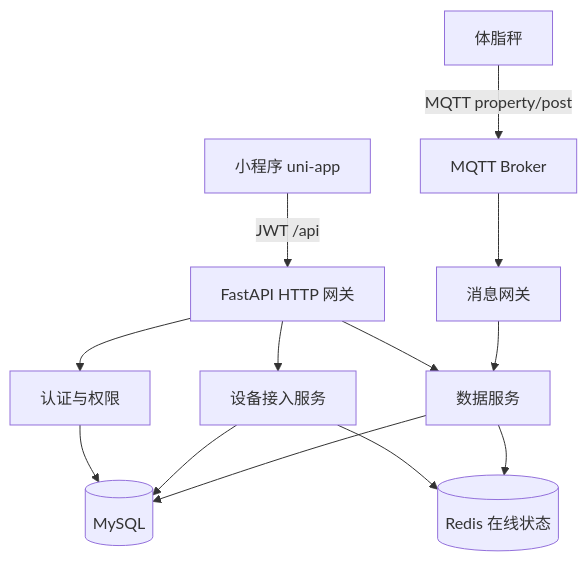
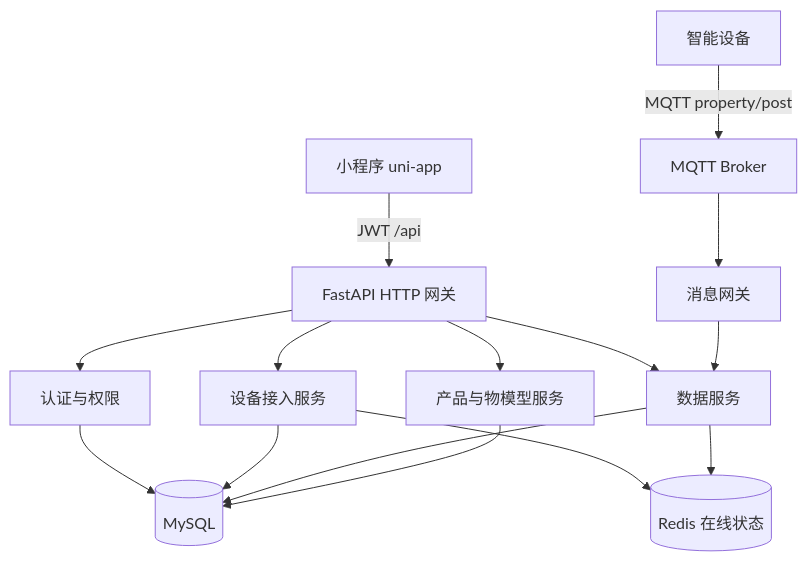
One commit to zkm118/myTnew1 changed the first of 2 diagrams in .monkeycode/specs/2026-09-17-miniapp-scale-data-view/design.md. Above: the diagram before and after it, drawn with Mermaid. The commit also changed other lines of this file and 6 other files, not shown here.

````diff
--- a/.monkeycode/specs/2026-09-17-miniapp-scale-data-view/design.md
+++ b/.monkeycode/specs/2026-09-17-miniapp-scale-data-view/design.md
@@ -14,15 +12,17 @@
 ```mermaid
 graph TD
     MP["小程序 uni-app"] -->|"JWT /api"| API["FastAPI HTTP 网关"]
     API --> AUTH["认证与权限"]
     API --> DEV["设备接入服务"]
     API --> DATA["数据服务"]
+    API --> PROD["产品与物模型服务"]
     AUTH --> MYSQL[("MySQL")]
     DEV --> MYSQL
     DEV --> REDIS[("Redis 在线状态")]
     DATA --> MYSQL
     DATA --> REDIS
-    SCALE["体脂秤"] -->|"MQTT property/post"| BROKER["MQTT Broker"]
+    PROD --> MYSQL
+    DEVICE["智能设备"] -->|"MQTT property/post"| BROKER["MQTT Broker"]
     BROKER --> GW["消息网关"]
     GW --> DATA
 ```
````
